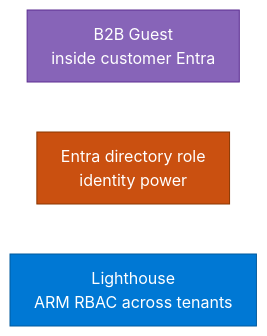
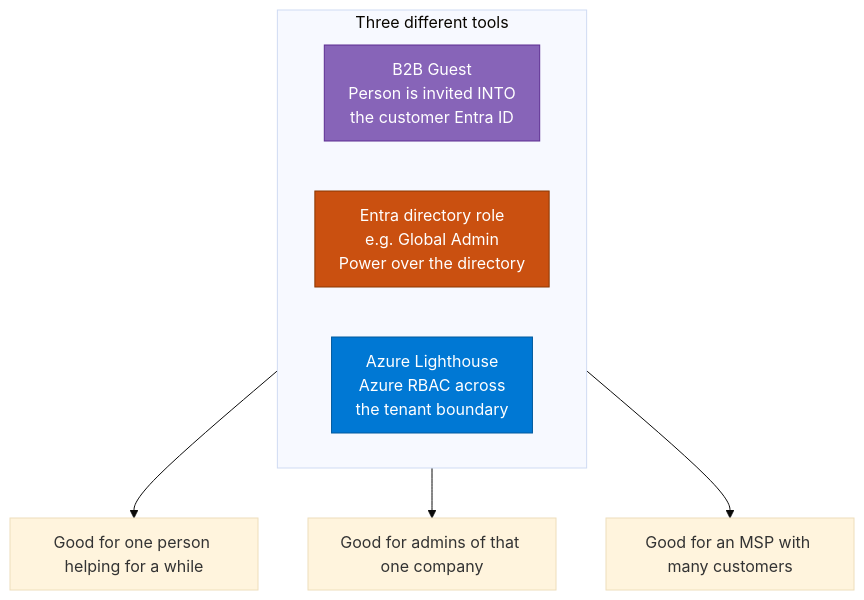
The fourth of 10 diagrams in Module_09_Azure_Lighthouse/09_Azure_Lighthouse_Concepts.md (atingupta2005/adx-aws-training-aug-26), drawn with Mermaid before and after one commit. The commit also changed other lines of this file, not shown here.

````diff
--- a/Module_09_Azure_Lighthouse/09_Azure_Lighthouse_Concepts.md
+++ b/Module_09_Azure_Lighthouse/09_Azure_Lighthouse_Concepts.md
@@ -81,10 +139,16 @@
 ```mermaid
 %%{init: {"theme":"base","flowchart":{"htmlLabels":true,"padding":12}}}%%
-flowchart LR
-  A["B2B Guest<br/>inside customer Entra"]
-  B["Entra directory role<br/>identity power"]
-  C["Lighthouse<br/>ARM RBAC across tenants"]
+flowchart TB
+  subgraph CMP["Three different tools"]
+    direction LR
+    A["B2B Guest<br/>Person is invited INTO<br/>the customer Entra ID"]
+    B["Entra directory role<br/>e.g. Global Admin<br/>Power over the directory"]
+    C["Azure Lighthouse<br/>Azure RBAC across<br/>the tenant boundary"]
+  end
+  A --> A1["Good for one person helping for a while"]
+  B --> B1["Good for admins of that one company"]
+  C --> C1["Good for an MSP with many customers"]
   style A fill:#8764b8,stroke:#5c2d91,color:#fff
   style B fill:#ca5010,stroke:#8a3700,color:#fff
   style C fill:#0078D4,stroke:#005A9E,color:#fff
 ```
````
